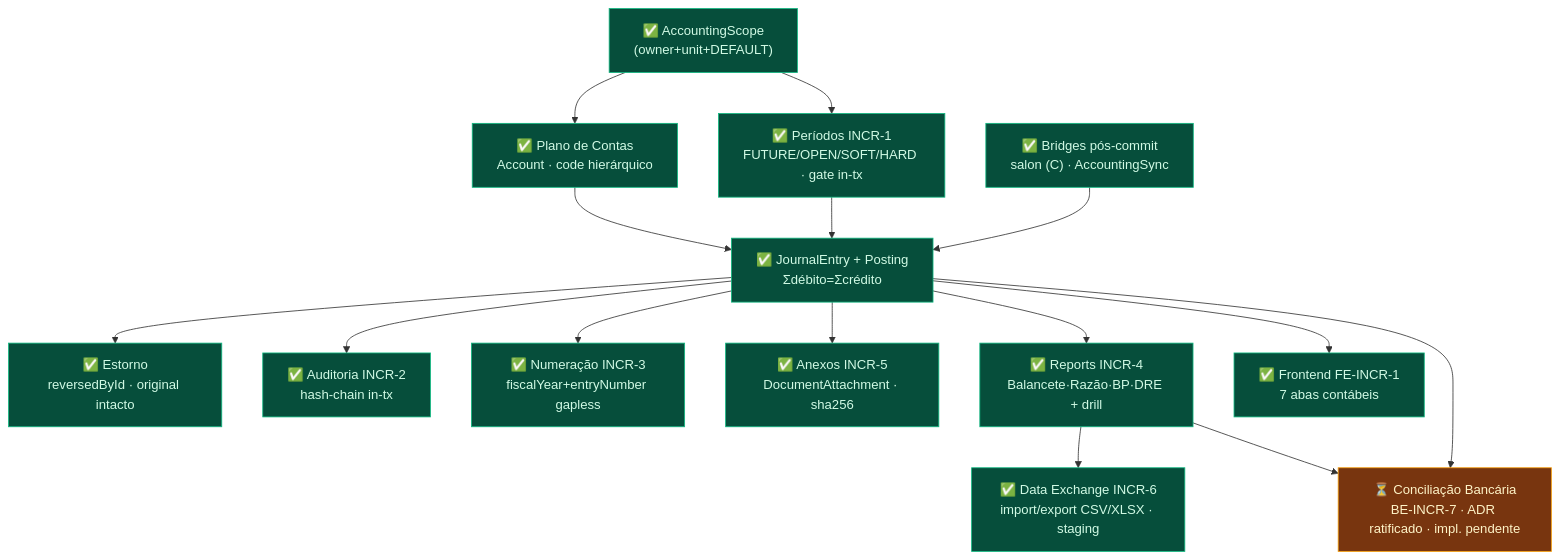
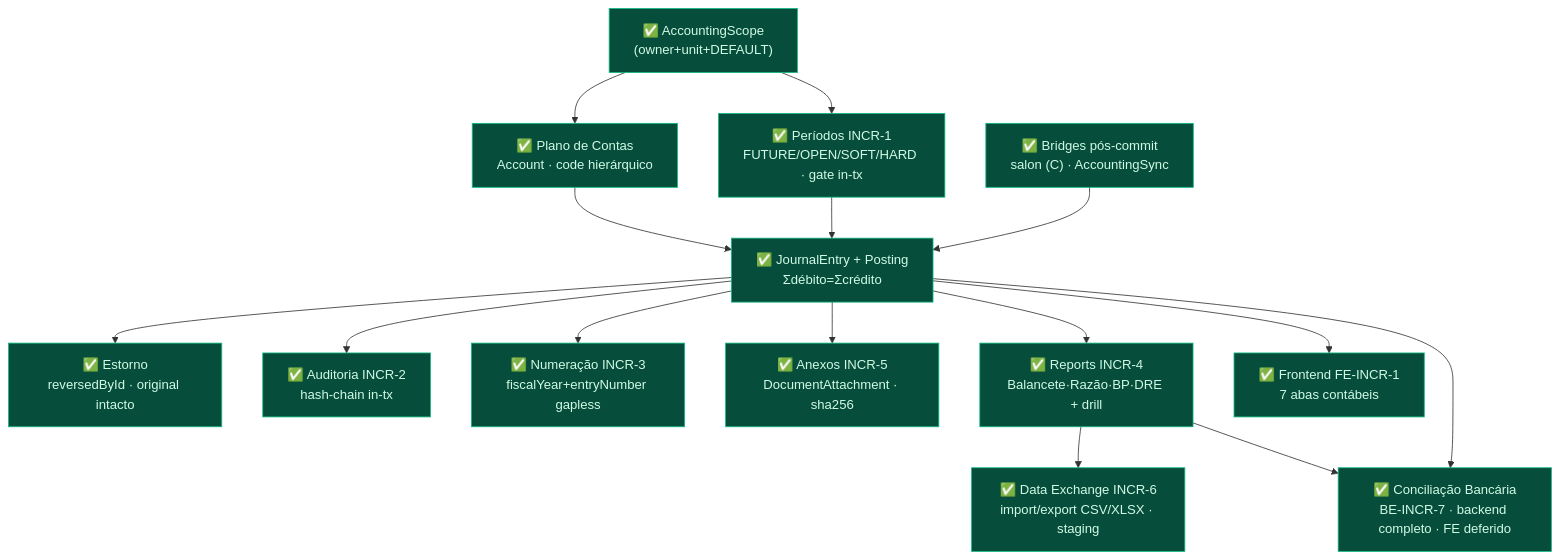
One commit to web3br1/luminaristest changed the diagram in docs/accounting/ACCOUNTING-MASTER-MAP.md. Above: the diagram before and after it, drawn with Mermaid. The commit also changed other lines of this file and 2 other files, not shown here.

First line of the commit message:
docs(accounting): BE-INCR-7 closeout — master map §3 ⏳→✅ (ORCH-007), INDEX, learning-log

````diff
--- a/docs/accounting/ACCOUNTING-MASTER-MAP.md
+++ b/docs/accounting/ACCOUNTING-MASTER-MAP.md
@@ -41,32 +41,32 @@
 ```mermaid
 flowchart TD
     classDef done fill:#064e3b,stroke:#10b981,color:#d1fae5;
     classDef wip fill:#78350f,stroke:#f59e0b,color:#fef3c7;
 
     A["✅ AccountingScope<br/>(owner+unit+DEFAULT)"]:::done
     B["✅ Plano de Contas<br/>Account · code hierárquico"]:::done
     C["✅ Períodos INCR-1<br/>FUTURE/OPEN/SOFT/HARD · gate in-tx"]:::done
     D["✅ JournalEntry + Posting<br/>Σdébito=Σcrédito"]:::done
     F["✅ Estorno<br/>reversedById · original intacto"]:::done
     G["✅ Auditoria INCR-2<br/>hash-chain in-tx"]:::done
     H["✅ Numeração INCR-3<br/>fiscalYear+entryNumber gapless"]:::done
     I["✅ Anexos INCR-5<br/>DocumentAttachment · sha256"]:::done
     R["✅ Reports INCR-4<br/>Balancete·Razão·BP·DRE + drill"]:::done
     X["✅ Data Exchange INCR-6<br/>import/export CSV/XLSX · staging"]:::done
     FE["✅ Frontend FE-INCR-1<br/>7 abas contábeis"]:::done
     BR["✅ Bridges pós-commit<br/>salon (C) · AccountingSync"]:::done
-    T["⏳ Conciliação Bancária<br/>BE-INCR-7 · ADR ratificado · impl. pendente"]:::wip
+    T["✅ Conciliação Bancária<br/>BE-INCR-7 · backend completo · FE deferido"]:::done
 
     A --> B --> D
     A --> C --> D
     D --> F
     D --> G
     D --> H
     D --> I
     D --> R
     R --> X
     D --> FE
     BR --> D
     R --> T
     D --> T
 ```
````
